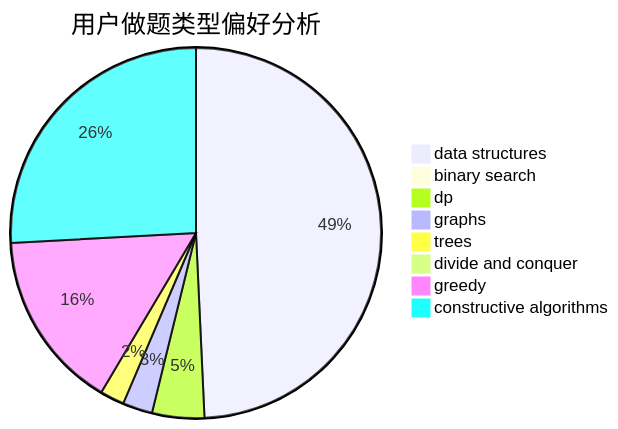
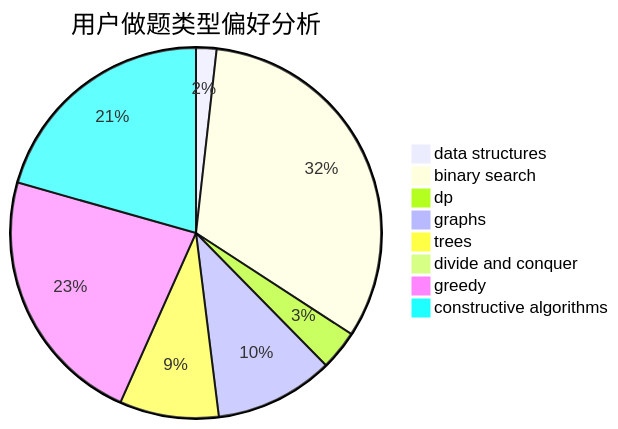
The second of 3 diagrams in docs/user/u573.md (sherpahu/cfrs.github.io), drawn with Mermaid before and after one commit. The commit also changed other lines of this file and 2770 other files, not shown here.

````diff
--- a/docs/user/u573.md
+++ b/docs/user/u573.md
@@ -23,11 +23,11 @@
 ```mermaid
 pie title 用户做题类型偏好分析
-    "data structures" :  303
-    "binary search" :  0
-    "dp" :  28
-    "graphs" :  16
-    "trees" :  13
+    "data structures" :  33
+    "binary search" :  599
+    "dp" :  64
+    "graphs" :  192
+    "trees" :  160
     "divide and conquer" :  0
-    "greedy" :  96
-    "constructive algorithms" :  159
+    "greedy" :  420
+    "constructive algorithms" :  381
 ```
````
